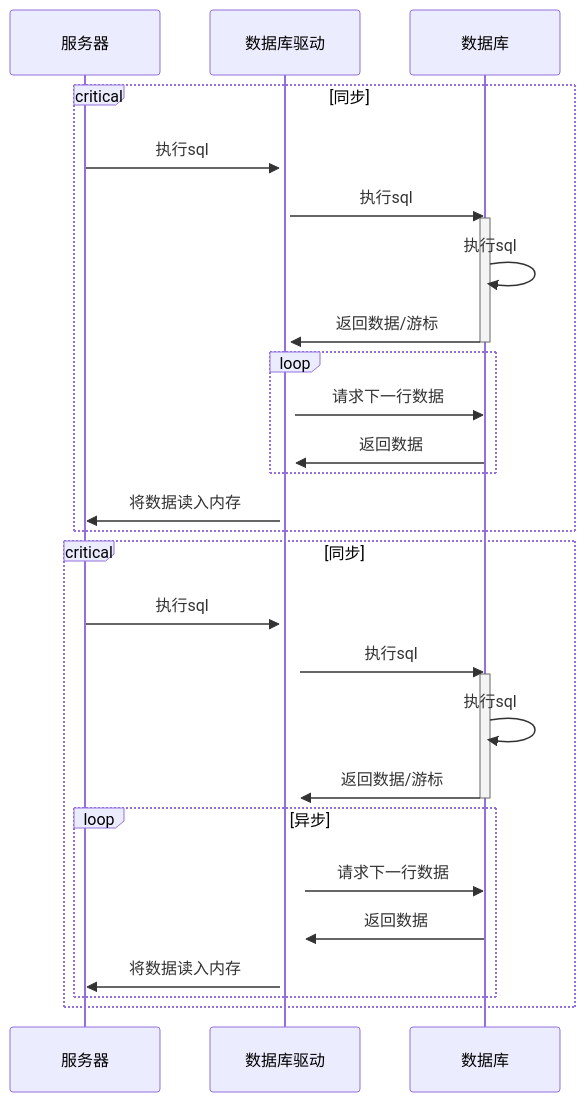
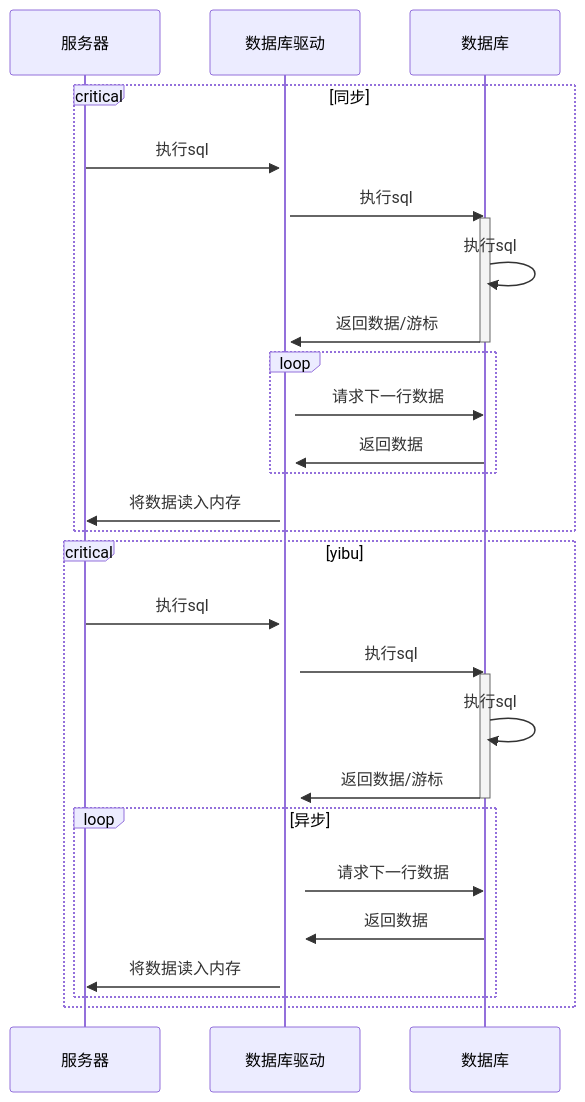
The diagram in all/AI-服务查询数据.md (HY-10-8/iodraw-files), drawn with Mermaid before and after one commit.

Commit message:
2025-11-27 17:59:33 update

````diff
--- a/all/AI-服务查询数据.md
+++ b/all/AI-服务查询数据.md
@@ -1,37 +1,37 @@
 ```mermaid
 sequenceDiagram
     
     critical 同步
         服务器->>+数据库驱动: 执行sql
         数据库驱动->>数据库:执行sql
 
         activate 数据库
         数据库->>数据库: 执行sql
         数据库->>+数据库驱动: 返回数据/游标
         deactivate 数据库
 
         loop 
             数据库驱动->>数据库: 请求下一行数据
             数据库->>数据库驱动: 返回数据
         end
         数据库驱动->>服务器: 将数据读入内存
     end
 
 
-    critical 同步
+    critical yibu
         服务器->>+数据库驱动: 执行sql
         数据库驱动->>数据库:执行sql
 
         activate 数据库
         数据库->>数据库: 执行sql
         数据库->>+数据库驱动: 返回数据/游标
         deactivate 数据库
 
         loop 异步
             数据库驱动->>数据库: 请求下一行数据
             数据库->>数据库驱动: 返回数据
             数据库驱动->>服务器: 将数据读入内存
         end
     end
 
 ```
````
